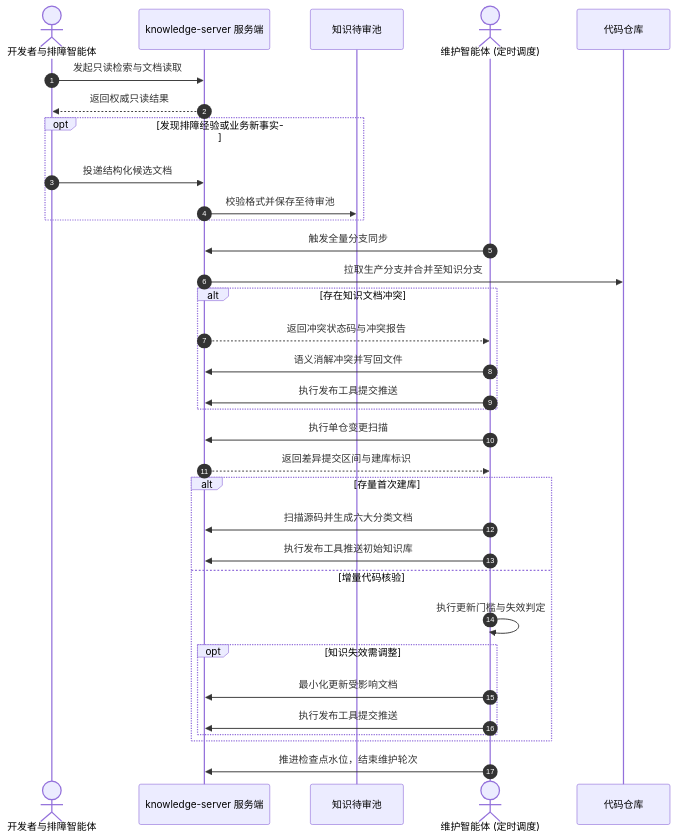
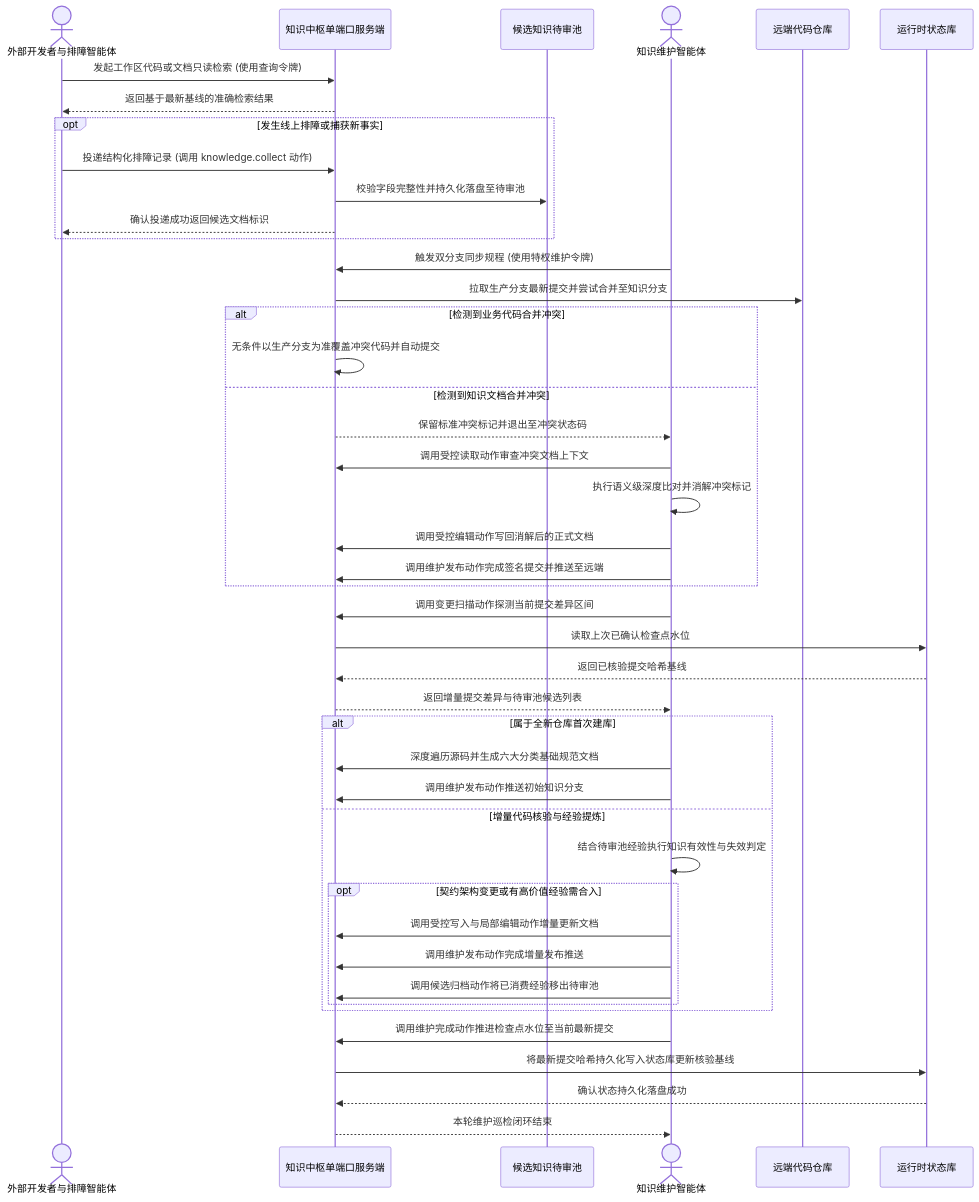
The diagram in docs/design.md (fjay/actiondock-workspace), drawn with Mermaid before and after one commit. The commit also changed other lines of this file and 4 other files, not shown here.

````diff
--- a/docs/design.md
+++ b/docs/design.md
@@ -105,42 +93,53 @@
 ```mermaid
 sequenceDiagram
-    autonumber
-    actor Dev as 开发者与排障智能体
-    participant Cloud as knowledge-server 服务端
-    participant Inbox as 知识待审池
-    actor Maintainer as 维护智能体 (定时调度)
-    participant Git as 代码仓库
+    actor Dev as 外部开发者与排障智能体
+    participant Server as 知识中枢单端口服务端
+    participant Inbox as 候选知识待审池
+    actor Maintainer as 知识维护智能体
+    participant Git as 远端代码仓库
+    participant State as 运行时状态库
 
-    Dev->>Cloud: 发起只读检索与文档读取
-    Cloud-->>Dev: 返回权威只读结果
-    
-    opt 发现排障经验或业务新事实
-        Dev->>Cloud: 投递结构化候选文档
-        Cloud->>Inbox: 校验格式并保存至待审池
+    Dev->>Server: 发起工作区代码或文档只读检索 (使用查询令牌)
+    Server-->>Dev: 返回基于最新基线的准确检索结果
+
+    opt 发生线上排障或捕获新事实
+        Dev->>Server: 投递结构化排障记录 (调用 knowledge.collect 动作)
+        Server->>Inbox: 校验字段完整性并持久化落盘至待审池
+        Server-->>Dev: 确认投递成功返回候选文档标识
     end
 
-    Maintainer->>Cloud: 触发全量分支同步
-    Cloud->>Git: 拉取生产分支并合并至知识分支
+    Maintainer->>Server: 触发双分支同步规程 (使用特权维护令牌)
+    Server->>Git: 拉取生产分支最新提交并尝试合并至知识分支
 
-    alt 存在知识文档冲突
-        Cloud-->>Maintainer: 返回冲突状态码与冲突报告
-        Maintainer->>Cloud: 语义消解冲突并写回文件
-        Maintainer->>Cloud: 执行发布工具提交推送
+    alt 检测到业务代码合并冲突
+        Server->>Server: 无条件以生产分支为准覆盖冲突代码并自动提交
+    else 检测到知识文档合并冲突
+        Server-->>Maintainer: 保留标准冲突标记并退出至冲突状态码
+        Maintainer->>Server: 调用受控读取动作审查冲突文档上下文
+        Maintainer->>Maintainer: 执行语义级深度比对并消解冲突标记
+        Maintainer->>Server: 调用受控编辑动作写回消解后的正式文档
+        Maintainer->>Server: 调用维护发布动作完成签名提交并推送至远端
     end
 
-    Maintainer->>Cloud: 执行单仓变更扫描
-    Cloud-->>Maintainer: 返回差异提交区间与建库标识
+    Maintainer->>Server: 调用变更扫描动作探测当前提交差异区间
+    Server->>State: 读取上次已确认检查点水位
+    State-->>Server: 返回已核验提交哈希基线
+    Server-->>Maintainer: 返回增量提交差异与待审池候选列表
 
-    alt 存量首次建库
-        Maintainer->>Cloud: 扫描源码并生成六大分类文档
-        Maintainer->>Cloud: 执行发布工具推送初始知识库
-    else 增量代码核验
-        Maintainer->>Maintainer: 执行更新门槛与失效判定
-        opt 知识失效需调整
-            Maintainer->>Cloud: 最小化更新受影响文档
-            Maintainer->>Cloud: 执行发布工具提交推送
+    alt 属于全新仓库首次建库
+        Maintainer->>Server: 深度遍历源码并生成六大分类基础规范文档
+        Maintainer->>Server: 调用维护发布动作推送初始知识分支
+    else 增量代码核验与经验提炼
+        Maintainer->>Maintainer: 结合待审池经验执行知识有效性与失效判定
+        opt 契约架构变更或有高价值经验需合入
+            Maintainer->>Server: 调用受控写入与局部编辑动作增量更新文档
+            Maintainer->>Server: 调用维护发布动作完成增量发布推送
+            Maintainer->>Server: 调用候选归档动作将已消费经验移出待审池
         end
     end
 
-    Maintainer->>Cloud: 推进检查点水位，结束维护轮次
+    Maintainer->>Server: 调用维护完成动作推进检查点水位至当前最新提交
+    Server->>State: 将最新提交哈希持久化写入状态库更新核验基线
+    State-->>Server: 确认状态持久化落盘成功
+    Server-->>Maintainer: 本轮维护巡检闭环结束
 ```
````
